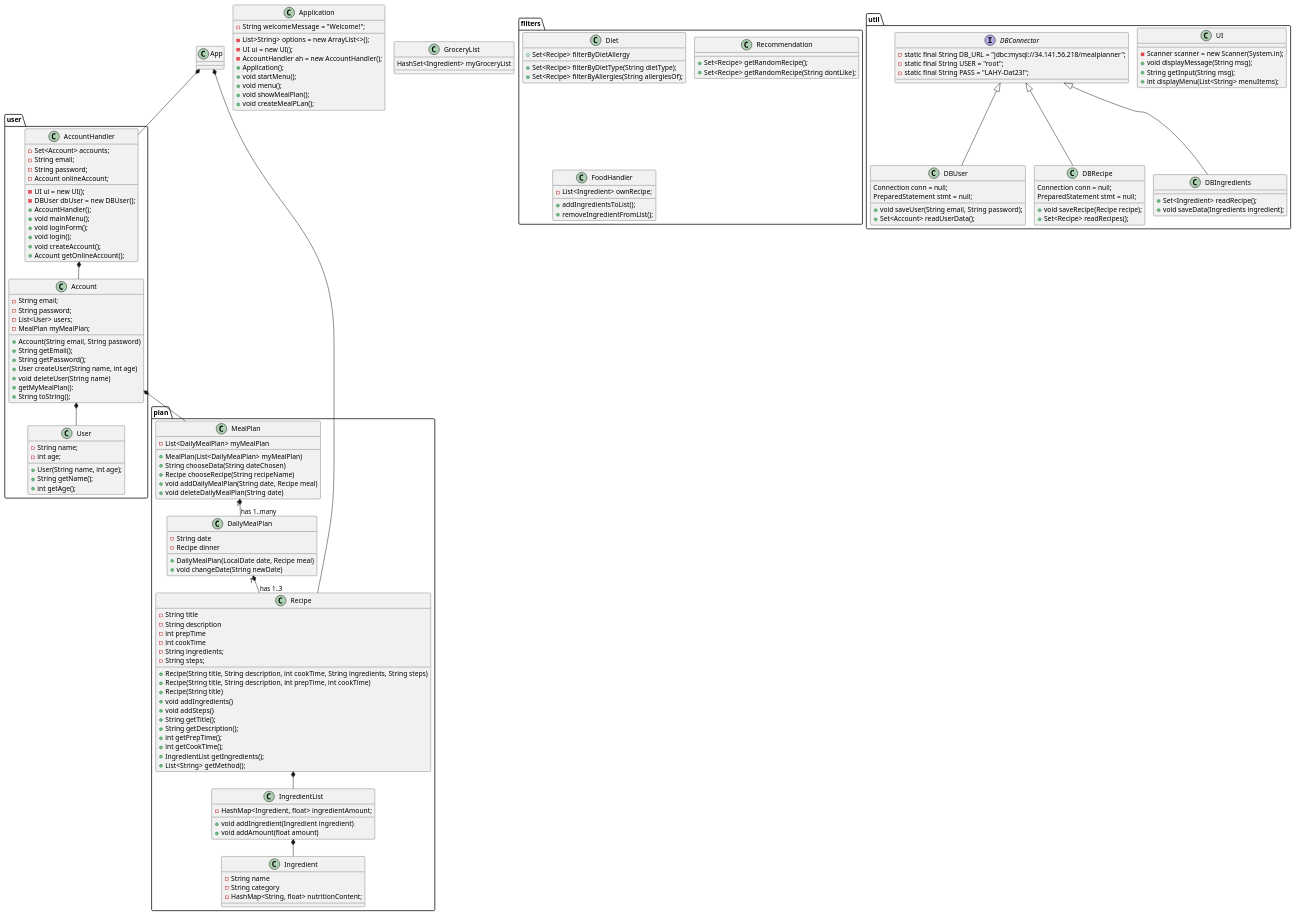
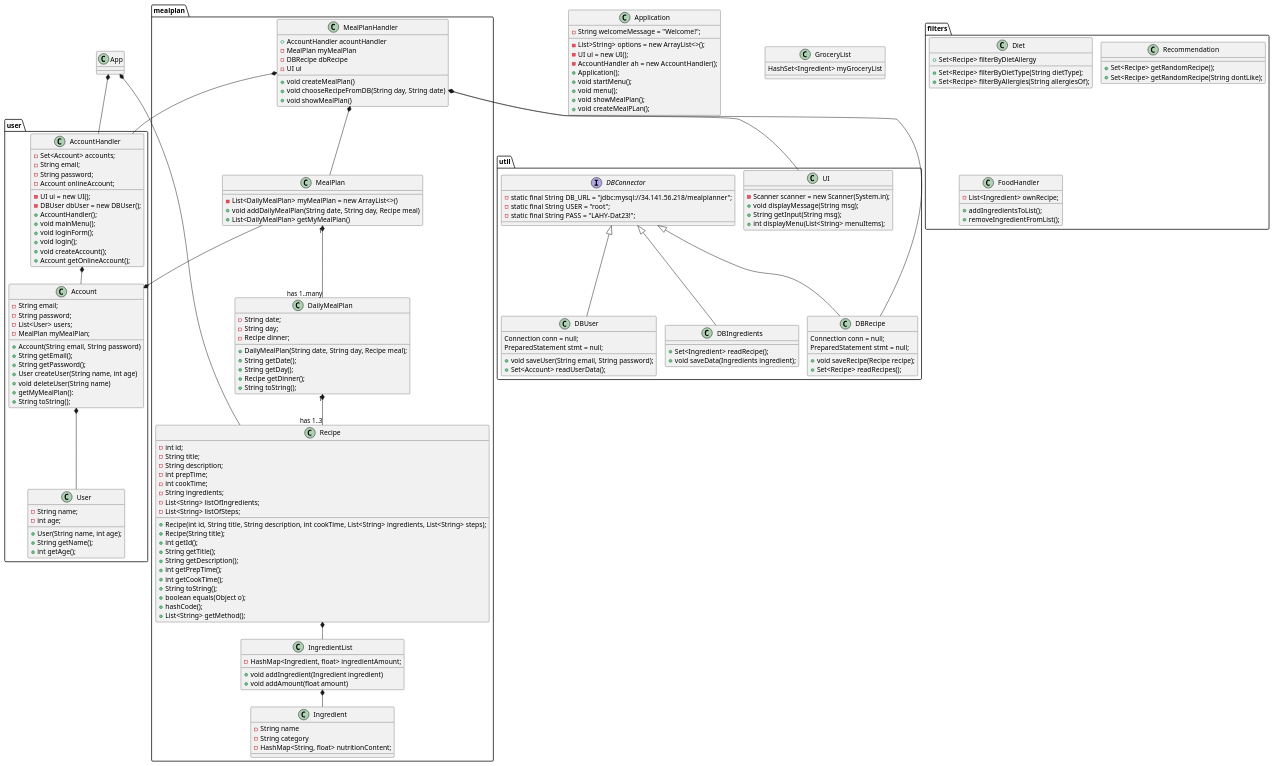
One commit to lassekh/ICE changed the diagram in Documents/Class Diagram.puml. Above: the diagram before and after it, drawn with PlantUML. The commit also changed 7 other files, not shown here.

Commit message:
class diagram "folder" mealplan updated

```diff
--- a/Documents/Class Diagram.puml
+++ b/Documents/Class Diagram.puml
@@ -1,170 +1,191 @@
 @startuml
 'https://plantuml.com/class-diagram
 !pragma layout smetana
 
 class App
 
 package "user"{
 class Account
 class AccountHandler
 class User
 }
 
-package "plan"{
+package "mealplan"{
+class MealPlanHandler
 class MealPlan
 class DailyMealPlan
 class Recipe
 class IngredientList
 class Ingredient
 }
 
 package "filters"{
 class Diet
 class Recommendation
 class FoodHandler
 }
 
 package "util"{
 class UI
 interface DBConnector
 class DBUser
 class DBRecipe
 class DBIngredients
 }
 
 'Label on relations
 App *-- AccountHandler
 App *-- Recipe
+
 AccountHandler *-- Account
+
 Account *-- User
 Account *-- MealPlan
+
 MealPlan "1" *-- "has 1..many" DailyMealPlan
+
+MealPlanHandler *-- AccountHandler
+MealPlanHandler *-- DBRecipe
+MealPlanHandler *-- MealPlan
+MealPlanHandler *-- UI
+
 DailyMealPlan "1" *-- "has 1..3" Recipe
+
 Recipe *-- IngredientList
+
 IngredientList *-- Ingredient
+
 DBConnector <|-- DBUser
 DBConnector <|-- DBRecipe
 DBConnector <|-- DBIngredients
 
 'Methods and attributes
 Application : - List>String> options = new ArrayList<>();
 Application : - String welcomeMessage = "Welcome!";
 Application : - UI ui = new UI();
 Application : - AccountHandler ah = new AccountHandler();
 Application : + Application();
 Application : + void startMenu();
 Application : + void menu();
 Application : + void showMealPlan();
 Application : + void createMealPLan();
 
 
 Account : - String email;
 Account : - String password;
 Account : - List<User> users;
 Account : - MealPlan myMealPlan;
 Account : + Account(String email, String password)
 Account : + String getEmail();
 Account : + String getPassword();
 Account : + User createUser(String name, int age)
 Account : + void deleteUser(String name)
 Account : + getMyMealPlan():
 Account : + String toString();
 
 AccountHandler : - Set<Account> accounts;
 AccountHandler : - String email;
 AccountHandler : - String password;
 AccountHandler : - Account onlineAccount;
 AccountHandler : - UI ui = new UI();
 AccountHandler : - DBUser dbUser = new DBUser();
 AccountHandler : + AccountHandler();
 AccountHandler : + void mainMenu();
 AccountHandler : + void loginForm();
 AccountHandler : + void login();
 AccountHandler : + void createAccount();
 AccountHandler : + Account getOnlineAccount();
 
 
 User : - String name;
 User : - int age;
 User : + User(String name, int age);
 User : + String getName();
 User : + int getAge();
 
-MealPlan : - List<DailyMealPlan> myMealPlan
-MealPlan : + MealPlan(List<DailyMealPlan> myMealPlan)
-MealPlan : + String chooseData(String dateChosen)
-MealPlan : + Recipe chooseRecipe(String recipeName)
-MealPlan : + void addDailyMealPlan(String date, Recipe meal)
-MealPlan : + void deleteDailyMealPlan(String date)
+MealPlanHandler : + AccountHandler acountHandler
+MealPlanHandler : - MealPlan myMealPlan
+MealPlanHandler : - DBRecipe dbRecipe
+MealPlanHandler : - UI ui
+MealPlanHandler : + void createMealPlan()
+MealPlanHandler : + void chooseRecipeFromDB(String day, String date)
+MealPlanHandler : + void showMealPlan()
 
-DailyMealPlan : - String date
-DailyMealPlan : - Recipe dinner
-DailyMealPlan : + DailyMealPlan(LocalDate date, Recipe meal)
-DailyMealPlan : + void changeDate(String newDate)
+MealPlan : - List<DailyMealPlan> myMealPlan = new ArrayList<>()
+MealPlan : + void addDailyMealPlan(String date, String day, Recipe meal)
+MealPlan : + List<DailyMealPlan> getMyMealPlan()
 
-Recipe : - String title
-Recipe : - String description
-Recipe : - int prepTime
-Recipe : - int cookTime
+
+DailyMealPlan : - String date;
+DailyMealPlan : - String day;
+DailyMealPlan : - Recipe dinner;
+DailyMealPlan : + DailyMealPlan(String date, String day, Recipe meal);
+DailyMealPlan : + String getDate();
+DailyMealPlan : + String getDay();
+DailyMealPlan : + Recipe getDinner();
+DailyMealPlan : + String toString();
+
+Recipe : - int id;
+Recipe : - String title;
+Recipe : - String description;
+Recipe : - int prepTime;
+Recipe : - int cookTime;
 Recipe : - String ingredients;
-Recipe : - String steps;
-Recipe : + Recipe(String title, String description, int cookTime, String ingredients, String steps)
-Recipe : + Recipe(String title, String description, int prepTime, int cookTime)
-Recipe : + Recipe(String title)
-Recipe : + void addIngredients()
-Recipe : + void addSteps()
+Recipe : - List<String> listOfIngredients;
+Recipe : - List<String> listOfSteps;
+Recipe : + Recipe(int id, String title, String description, int cookTime, List<String> ingredients, List<String> steps);
+Recipe : + Recipe(String title);
+Recipe : + int getId();
 Recipe : + String getTitle();
 Recipe : + String getDescription();
 Recipe : + int getPrepTime();
 Recipe : + int getCookTime();
-Recipe : + IngredientList getIngredients();
+Recipe : + String toString();
+Recipe : + boolean equals(Object o);
+Recipe : + hashCode();
 Recipe : + List<String> getMethod();
 
 
 IngredientList : - HashMap<Ingredient, float> ingredientAmount;
 IngredientList : + void addIngredient(Ingredient ingredient)
 IngredientList : + void addAmount(float amount)
 
 Ingredient : - String name
 Ingredient : - String category
 Ingredient : - HashMap<String, float> nutritionContent;
 
 GroceryList : HashSet<Ingredient> myGroceryList
 
 UI : - Scanner scanner = new Scanner(System.in);
 UI : + void displayMessage(String msg);
 UI : + String getInput(String msg);
 UI : + int displayMenu(List<String> menuItems);
 
 DBConnector : - static final String DB_URL = "jdbc:mysql://34.141.56.218/mealplanner";
 DBConnector : - static final String USER = "root";
 DBConnector : - static final String PASS = "LAHY-Dat23!";
 
 DBUser : Connection conn = null;
 DBUser : PreparedStatement stmt = null;
 DBUser : + void saveUser(String email, String password);
 DBUser : + Set<Account> readUserData();
 
 DBRecipe : Connection conn = null;
 DBRecipe : PreparedStatement stmt = null;
 DBRecipe : + void saveRecipe(Recipe recipe);
 DBRecipe : + Set<Recipe> readRecipes();
 
 DBIngredients : + Set<Ingredient> readRecipe();
 DBIngredients : + void saveData(Ingredients ingredient);
 
 Diet : + Set<Recipe> filterByDietType(String dietType);
 Diet : + Set<Recipe> filterByAllergies(String allergiesOf);
 Diet : + Set<Recipe> filterByDietAllergy
 
 Recommendation : + Set<Recipe> getRandomRecipe();
 Recommendation : + Set<Recipe> getRandomRecipe(String dontLike);
 
 FoodHandler : - List<Ingredient> ownRecipe;
 FoodHandler : + addIngredientsToList();
 FoodHandler : + removeIngredientFromList();
-'User *-- Grocerylist
-'Recipe *-- Diet
-'Recipe *-- DBConnector
-'Ingredient *-- DBConnector
 @enduml
```
